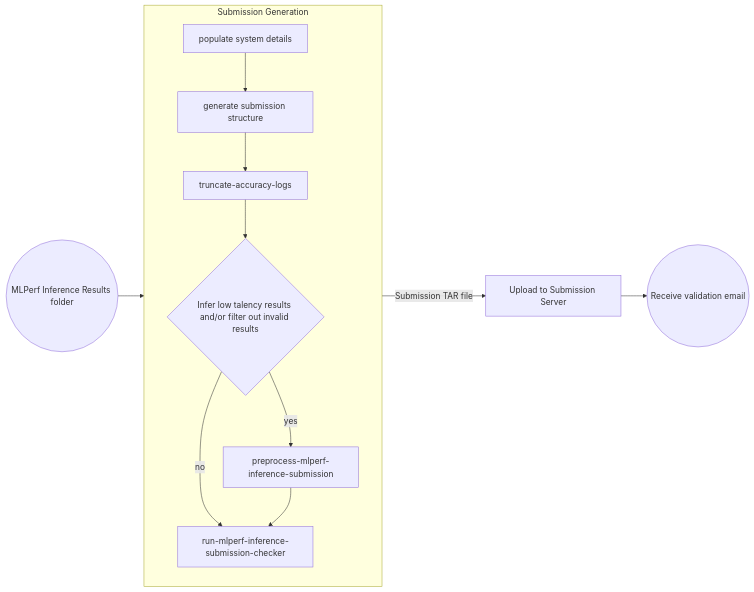
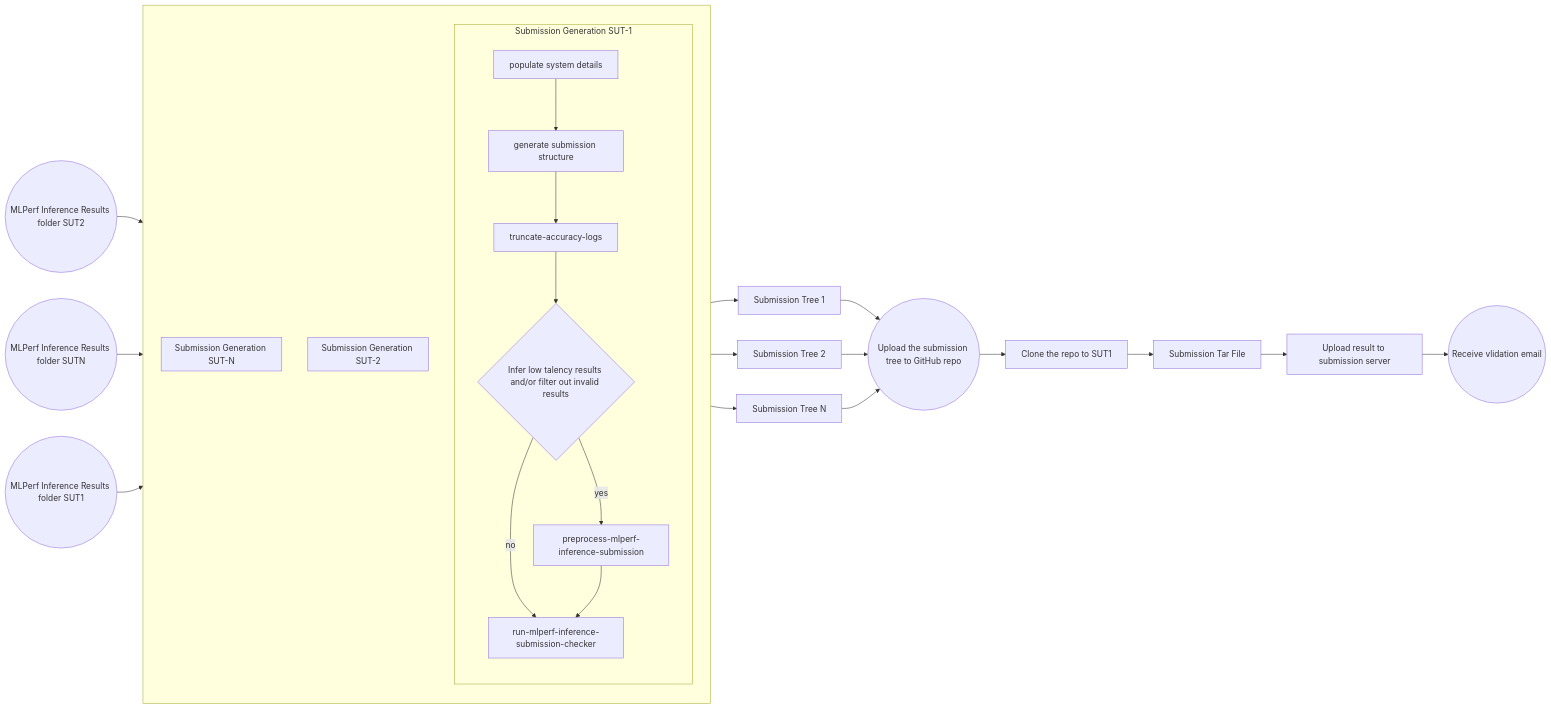
The second of 2 diagrams in docs/submission/index.md (mlcommons/inference), drawn with Mermaid before and after one commit. The commit also changed other lines of this file, not shown here.

Commit message:
add graphs for local sync and through github repo

````diff
--- a/docs/submission/index.md
+++ b/docs/submission/index.md
@@ -76,15 +116,39 @@
 ```mermaid
 flowchart LR
-    subgraph Generation [Submission Generation]
+    classDef hidden fill:none,stroke:none;
+
+    subgraph Generation1 [Submission Generation SUT-1]
       direction TB
-      A[populate system details] --> B[generate submission structure]
-      B --> C[truncate-accuracy-logs]
-      C --> D{Infer low talency results and/or filter out invalid results}
-      D -- yes --> E[preprocess-mlperf-inference-submission]
-      D -- no --> F[run-mlperf-inference-submission-checker]
-      E --> F
+      A3[populate system details] --> B3[generate submission structure]
+      B3 --> C3[truncate-accuracy-logs]
+      C3 --> D3{Infer low talency results and/or filter out invalid results}
+      D3 -- yes --> E3[preprocess-mlperf-inference-submission]
+      D3 -- no --> F3[run-mlperf-inference-submission-checker]
+      E3 --> F3
     end
-    Input((MLPerf Inference Results folder)) --> Generation
-    Generation --  Submission TAR file --> H[Upload to Submission Server]
-    H --> Output((Receive validation email))
+    
+    subgraph Generation2 [Submission Generation SUT-2]
+      direction TB
+    end
+
+    subgraph GenerationN [Submission Generation SUT-N]
+      direction TB
+    end
+
+    Input1((MLPerf Inference Results folder SUT1)) --> Generation1 --> T1[Submission Tree 1]
+    Input2((MLPerf Inference Results folder SUT2)) --> Generation2 --> T2[Submission Tree 2]
+    Input3((MLPerf Inference Results folder SUTN)) --> GenerationN --> TN[Submission Tree N]
+
+    subgraph LargeCircle [ ]
+      direction TB
+      Generation1
+      Generation2
+      GenerationN
+    end
+
+    T1 --> Sync((Upload the submission tree to GitHub repo))
+    T2 --> Sync
+    TN --> Sync
+
+    Sync --> clone[Clone the repo to SUT1] --> tar[Submission Tar File] --> upload[Upload result to submission server] --> output((Receive vlidation email))
 ```
````
